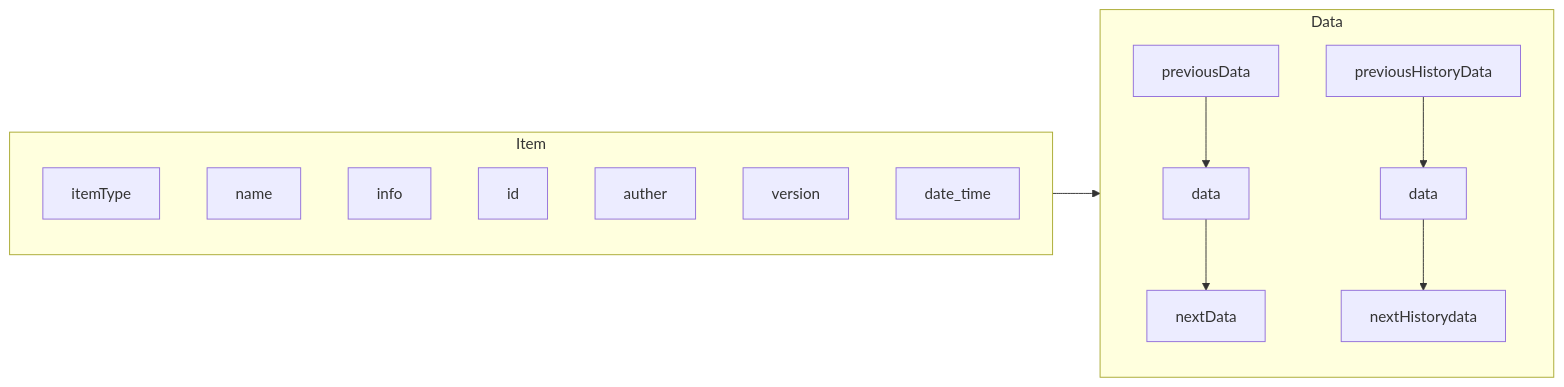
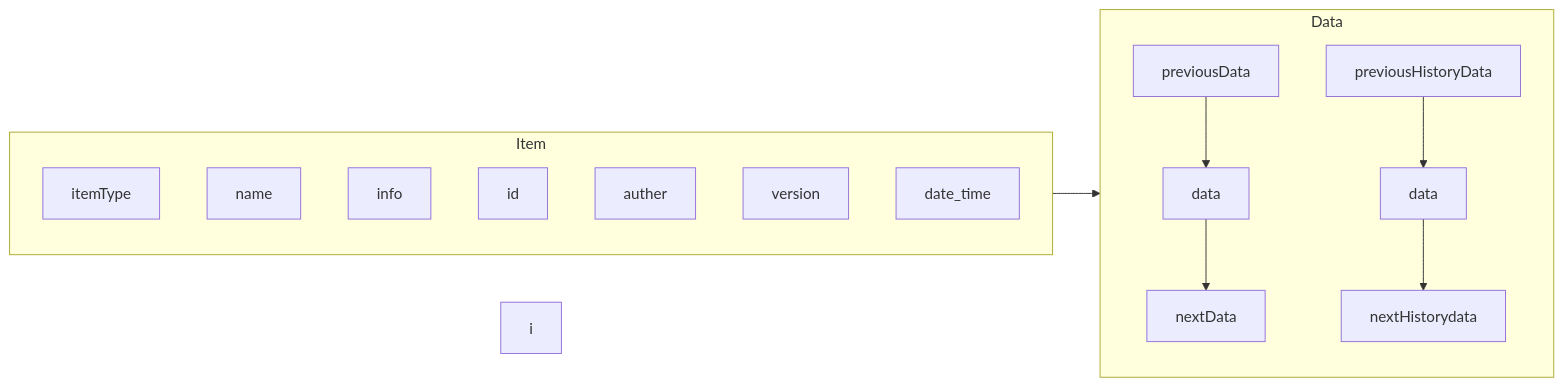
The first of 4 diagrams in README.md (liupengzhouyi/MyNotion), drawn with Mermaid before and after one commit.

````diff
--- a/README.md
+++ b/README.md
@@ -3,26 +3,27 @@
 ```mermaid
 flowchart LR
 	subgraph Item
 		I1[itemType]
 		I2[name]
 		I3[info]
 		I4[id]
 		I5[auther]
 		I6[version]
 		I7[date_time]
 	end
 	subgraph Data
 		D1[data]
 		D11[data]
 		D2[nextData]
     		D3[previousData]
     		D4[nextHistorydata]
     		D5[previousHistoryData]
 		D1 --> D2
 		D3 --> D1
 		D11 --> D4
 		D5 --> D11
 
 	end
 	Item --> Data
+	i
 ```
````
